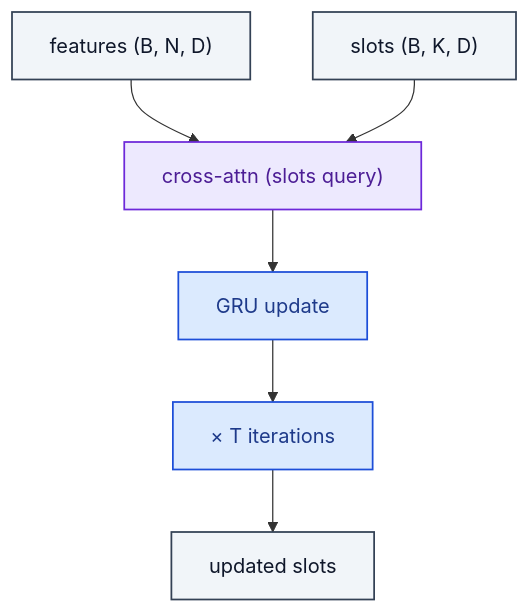
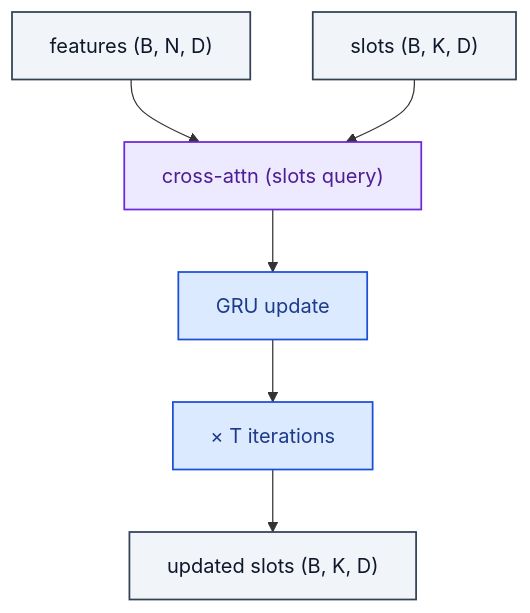
The diagram in specialized/SlotAttention.md (RealityShifts/Srivastava-book-of-Blocks-diagrams), drawn with Mermaid before and after one commit. The commit also changed 123 other files, not shown here.

````diff
--- a/specialized/SlotAttention.md
+++ b/specialized/SlotAttention.md
@@ -7,23 +7,24 @@
 ```mermaid
 flowchart TD
     n0_0["features  (B, N, D)"]:::io
     n0_1["slots  (B, K, D)"]:::io
     n1_0["cross-attn  (slots query)"]:::attn
     n2_0["GRU update"]:::op
     n3_0["× T iterations"]:::op
-    n4_0["updated slots"]:::io
+    n4_0["updated slots  (B, K, D)"]:::io
     n0_0 --> n1_0
     n0_1 --> n1_0
     n1_0 --> n2_0
     n2_0 --> n3_0
     n3_0 --> n4_0
     classDef io fill:#f1f5f9,stroke:#334155,stroke-width:1.4px,color:#0f172a
     classDef op fill:#dbeafe,stroke:#1d4ed8,stroke-width:1.4px,color:#1e3a8a
     classDef norm fill:#dcfce7,stroke:#15803d,stroke-width:1.4px,color:#14532d
     classDef act fill:#ffedd5,stroke:#c2410c,stroke-width:1.4px,color:#7c2d12
     classDef attn fill:#ede9fe,stroke:#6d28d9,stroke-width:1.4px,color:#4c1d95
     classDef merge fill:#fef3c7,stroke:#b45309,stroke-width:1.4px,color:#78350f
     classDef emb fill:#fef9c3,stroke:#a16207,stroke-width:1.4px,color:#713f12
     classDef loss fill:#fee2e2,stroke:#b91c1c,stroke-width:1.4px,color:#7f1d1d
     classDef ctrl fill:#f5f5f4,stroke:#52525b,stroke-width:1.4px,color:#27272a
+    classDef ref fill:#e0f2fe,stroke:#0369a1,stroke-width:2px,color:#0c4a6e,stroke-dasharray: 4 2
 ```
````
